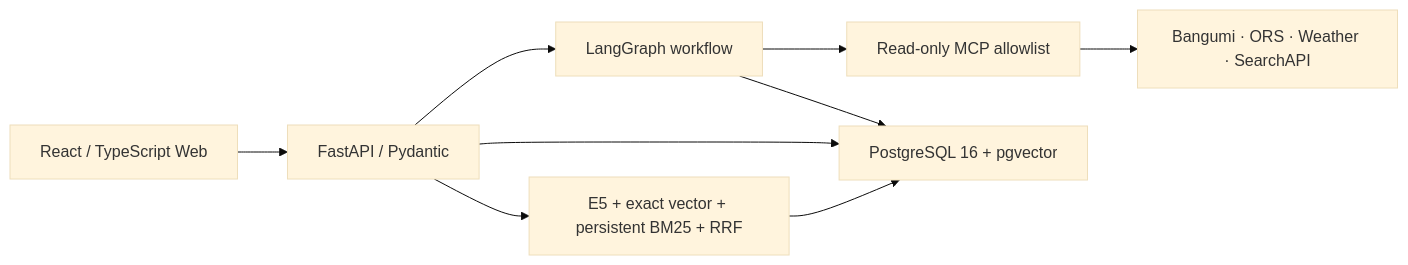
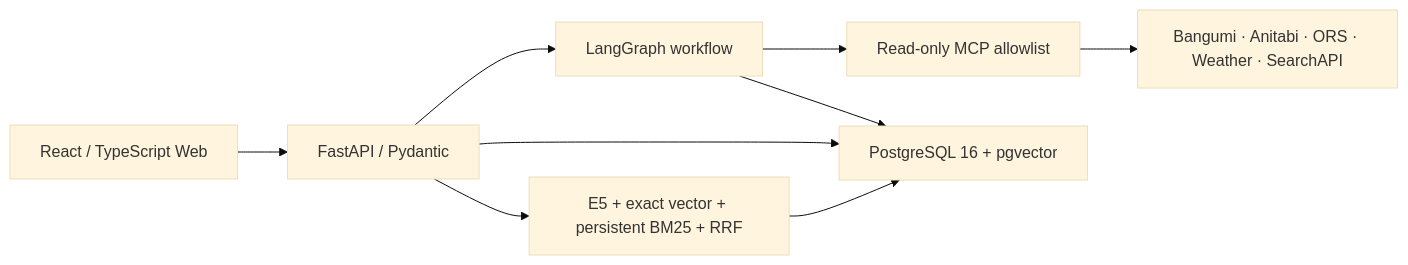
One commit to jsssjsgnk/anime-pilgrimage-agent changed the diagram in README.md. Above: the diagram before and after it, drawn with Mermaid (base theme). The commit also changed other lines of this file and 79 other files, not shown here.

````diff
--- a/README.md
+++ b/README.md
@@ -16,11 +17,11 @@
 ```mermaid
 flowchart LR
     WEB["React / TypeScript Web"] --> API["FastAPI / Pydantic"]
     API --> GRAPH["LangGraph workflow"]
     GRAPH --> MCP["Read-only MCP allowlist"]
-    MCP --> PROVIDERS["Bangumi · ORS · Weather · SearchAPI"]
+    MCP --> PROVIDERS["Bangumi · Anitabi · ORS · Weather · SearchAPI"]
     API --> PG["PostgreSQL 16 + pgvector"]
     GRAPH --> PG
     API --> RAG["E5 + exact vector + persistent BM25 + RRF"]
     RAG --> PG
 ```
````
